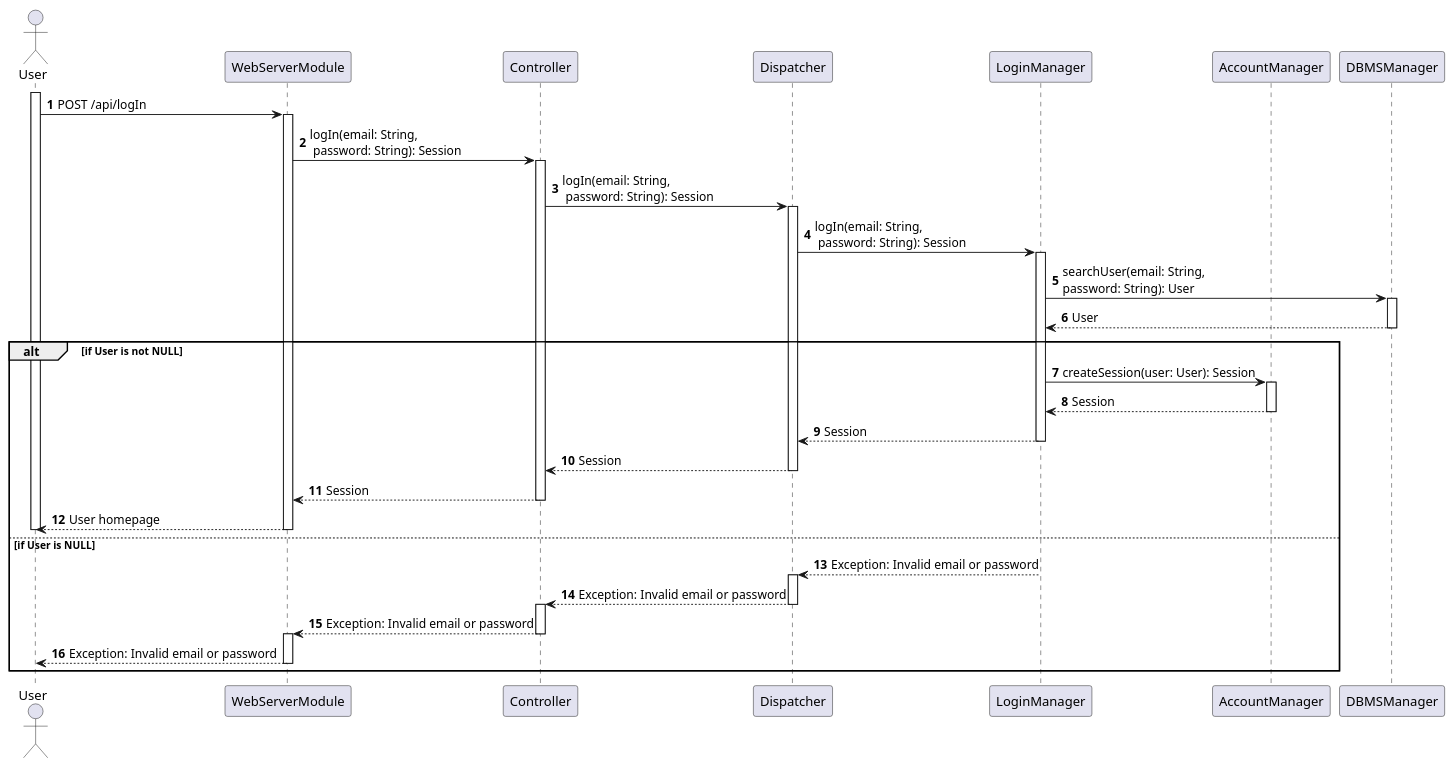
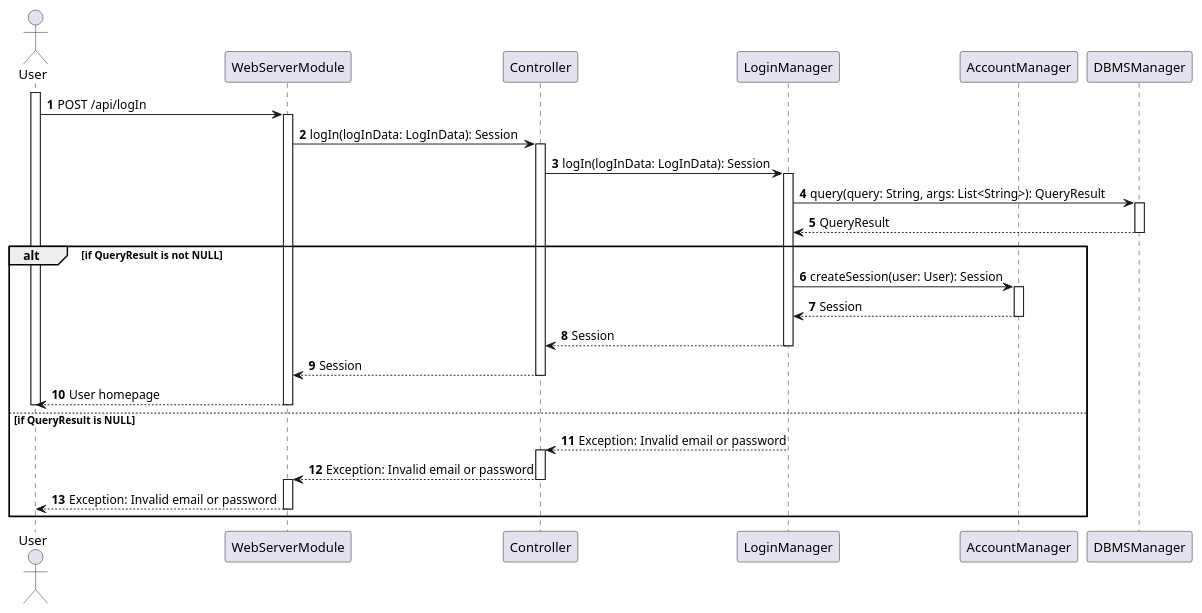
The diagram in _DD/Images/sequenceDiagrams/logIn.wsd (Angelo7672/SE2_Requirement-and-Design-Document), drawn with PlantUML before and after one commit. The commit also changed 4 other files, not shown here.

Commit message:
sequence fix

```diff
--- a/_DD/Images/sequenceDiagrams/logIn.wsd
+++ b/_DD/Images/sequenceDiagrams/logIn.wsd
@@ -1,54 +1,45 @@
 @startuml
 
 autonumber
 
 actor User as U
 participant WebServerModule as WS
 participant Controller as C
-participant Dispatcher as MD
 participant LoginManager as LM
 participant AccountManager as AM
 participant DBMSManager as DBMSM
 
 activate U
 U -> WS: POST /api/logIn
 activate WS
-WS -> C: logIn(email: String,\n password: String): Session
+WS -> C: logIn(logInData: LogInData): Session
 activate C
-C -> MD: logIn(email: String,\n password: String): Session
-activate MD
-MD -> LM: logIn(email: String,\n password: String): Session
+C -> LM: logIn(logInData: LogInData): Session
 activate LM
-LM -> DBMSM: searchUser(email: String,\npassword: String): User
+LM -> DBMSM: query(query: String, args: List<String>): QueryResult
 activate DBMSM
-DBMSM --> LM: User
+DBMSM --> LM: QueryResult
 deactivate DBMSM
-alt if User is not NULL
+alt if QueryResult is not NULL
     LM -> AM: createSession(user: User): Session
     activate AM
     AM --> LM: Session
     deactivate AM
-    LM --> MD: Session
+    LM --> C: Session
     deactivate LM
-    MD --> C: Session
-    deactivate MD
     C --> WS: Session
     deactivate C
     WS --> U: User homepage
     deactivate WS
     deactivate U
-else if User is NULL
-    LM --> MD: Exception: Invalid email or password
-    activate MD
-    MD --> C: Exception: Invalid email or password
-    deactivate MD
+else if QueryResult is NULL
+    LM --> C: Exception: Invalid email or password
     activate C
     C --> WS: Exception: Invalid email or password
     deactivate C
     activate WS
     WS --> U: Exception: Invalid email or password
     deactivate WS
 end
 
-
 @enduml
```
